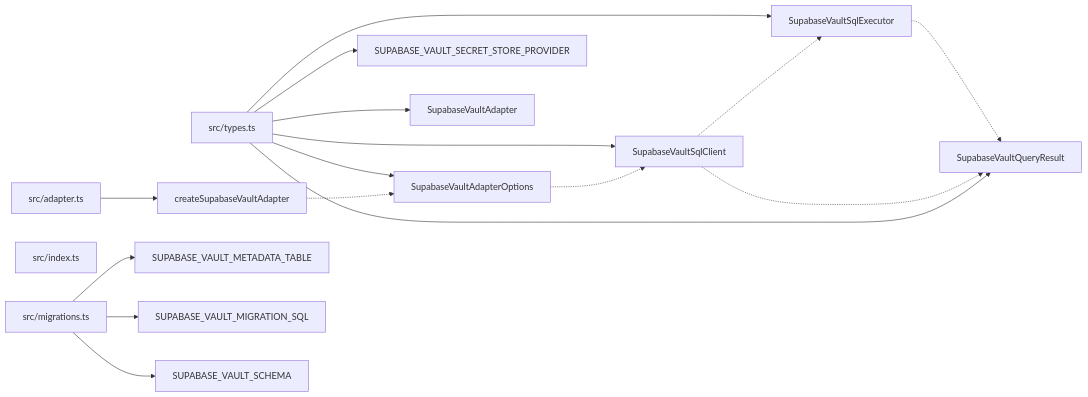
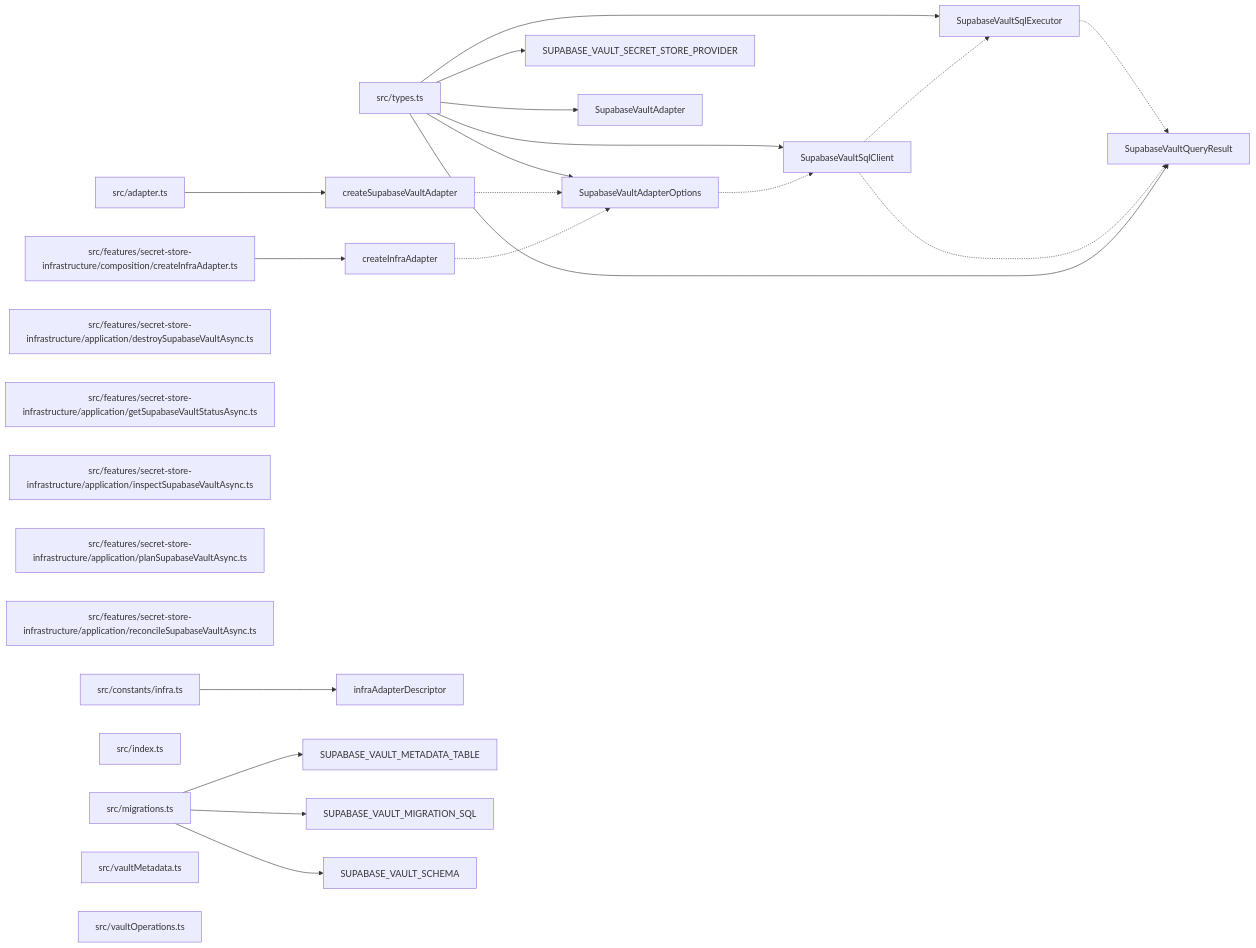
The diagram in docs/diagrams/export-graph.mmd (ankhorage/supabase-vault), drawn with Mermaid before and after one commit. The commit also changed 21 other files, not shown here.

Commit message:
feat: add supabase vault infra lifecycle (#74)

```diff
--- a/docs/diagrams/export-graph.mmd
+++ b/docs/diagrams/export-graph.mmd
@@ -1,30 +1,44 @@
 graph LR
   module_src_adapter_ts["src/adapter.ts"]
+  module_src_constants_infra_ts["src/constants/infra.ts"]
+  module_src_features_secret_store_infrastructure_application_destroySupabaseVaultAsync_ts["src/features/secret-store-infrastructure/application/destroySupabaseVaultAsync.ts"]
+  module_src_features_secret_store_infrastructure_application_getSupabaseVaultStatusAsync_ts["src/features/secret-store-infrastructure/application/getSupabaseVaultStatusAsync.ts"]
+  module_src_features_secret_store_infrastructure_application_inspectSupabaseVaultAsync_ts["src/features/secret-store-infrastructure/application/inspectSupabaseVaultAsync.ts"]
+  module_src_features_secret_store_infrastructure_application_planSupabaseVaultAsync_ts["src/features/secret-store-infrastructure/application/planSupabaseVaultAsync.ts"]
+  module_src_features_secret_store_infrastructure_application_reconcileSupabaseVaultAsync_ts["src/features/secret-store-infrastructure/application/reconcileSupabaseVaultAsync.ts"]
+  module_src_features_secret_store_infrastructure_composition_createInfraAdapter_ts["src/features/secret-store-infrastructure/composition/createInfraAdapter.ts"]
   module_src_index_ts["src/index.ts"]
   module_src_migrations_ts["src/migrations.ts"]
   module_src_types_ts["src/types.ts"]
+  module_src_vaultMetadata_ts["src/vaultMetadata.ts"]
+  module_src_vaultOperations_ts["src/vaultOperations.ts"]
+  export_createInfraAdapter["createInfraAdapter"]
+  module_src_features_secret_store_infrastructure_composition_createInfraAdapter_ts --> export_createInfraAdapter
+  export_createInfraAdapter -.-> export_SupabaseVaultAdapterOptions
   export_createSupabaseVaultAdapter["createSupabaseVaultAdapter"]
   module_src_adapter_ts --> export_createSupabaseVaultAdapter
   export_createSupabaseVaultAdapter -.-> export_SupabaseVaultAdapterOptions
+  export_infraAdapterDescriptor["infraAdapterDescriptor"]
+  module_src_constants_infra_ts --> export_infraAdapterDescriptor
   export_SUPABASE_VAULT_METADATA_TABLE["SUPABASE_VAULT_METADATA_TABLE"]
   module_src_migrations_ts --> export_SUPABASE_VAULT_METADATA_TABLE
   export_SUPABASE_VAULT_MIGRATION_SQL["SUPABASE_VAULT_MIGRATION_SQL"]
   module_src_migrations_ts --> export_SUPABASE_VAULT_MIGRATION_SQL
   export_SUPABASE_VAULT_SCHEMA["SUPABASE_VAULT_SCHEMA"]
   module_src_migrations_ts --> export_SUPABASE_VAULT_SCHEMA
   export_SUPABASE_VAULT_SECRET_STORE_PROVIDER["SUPABASE_VAULT_SECRET_STORE_PROVIDER"]
   module_src_types_ts --> export_SUPABASE_VAULT_SECRET_STORE_PROVIDER
   export_SupabaseVaultAdapter["SupabaseVaultAdapter"]
   module_src_types_ts --> export_SupabaseVaultAdapter
   export_SupabaseVaultAdapterOptions["SupabaseVaultAdapterOptions"]
   module_src_types_ts --> export_SupabaseVaultAdapterOptions
   export_SupabaseVaultAdapterOptions -.-> export_SupabaseVaultSqlClient
   export_SupabaseVaultQueryResult["SupabaseVaultQueryResult"]
   module_src_types_ts --> export_SupabaseVaultQueryResult
   export_SupabaseVaultSqlClient["SupabaseVaultSqlClient"]
   module_src_types_ts --> export_SupabaseVaultSqlClient
   export_SupabaseVaultSqlClient -.-> export_SupabaseVaultQueryResult
   export_SupabaseVaultSqlClient -.-> export_SupabaseVaultSqlExecutor
   export_SupabaseVaultSqlExecutor["SupabaseVaultSqlExecutor"]
   module_src_types_ts --> export_SupabaseVaultSqlExecutor
   export_SupabaseVaultSqlExecutor -.-> export_SupabaseVaultQueryResult
```
